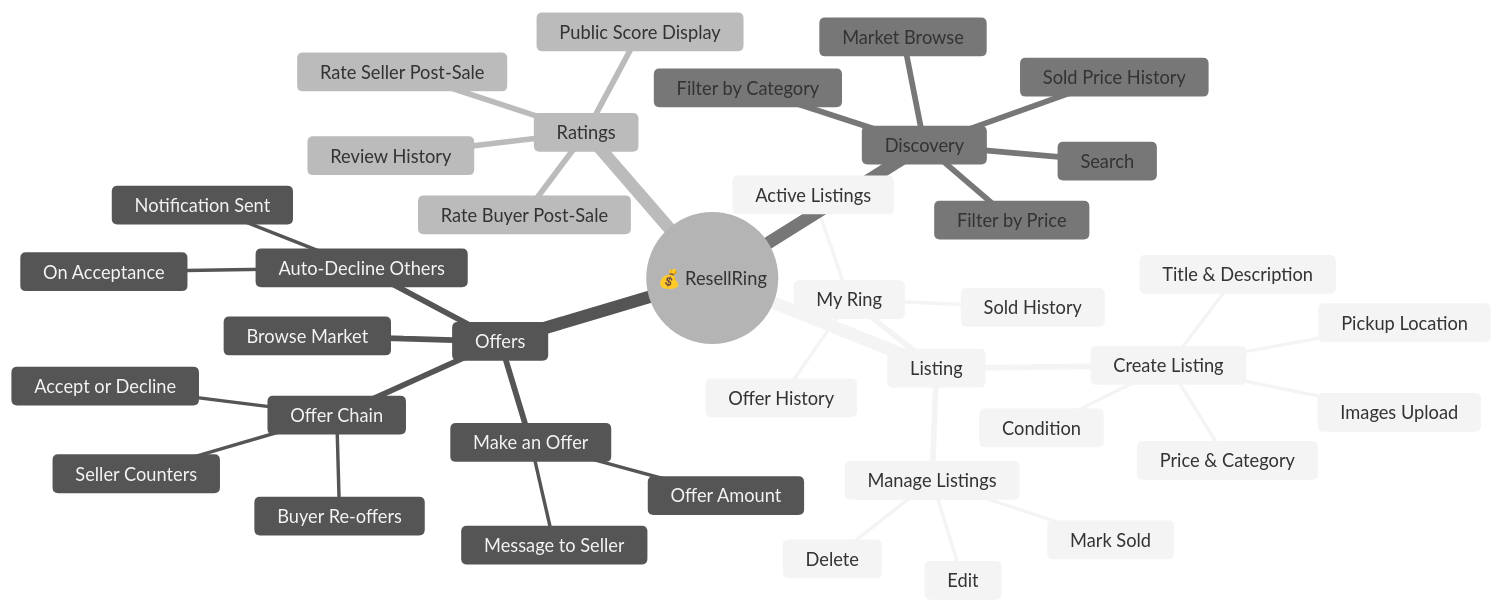
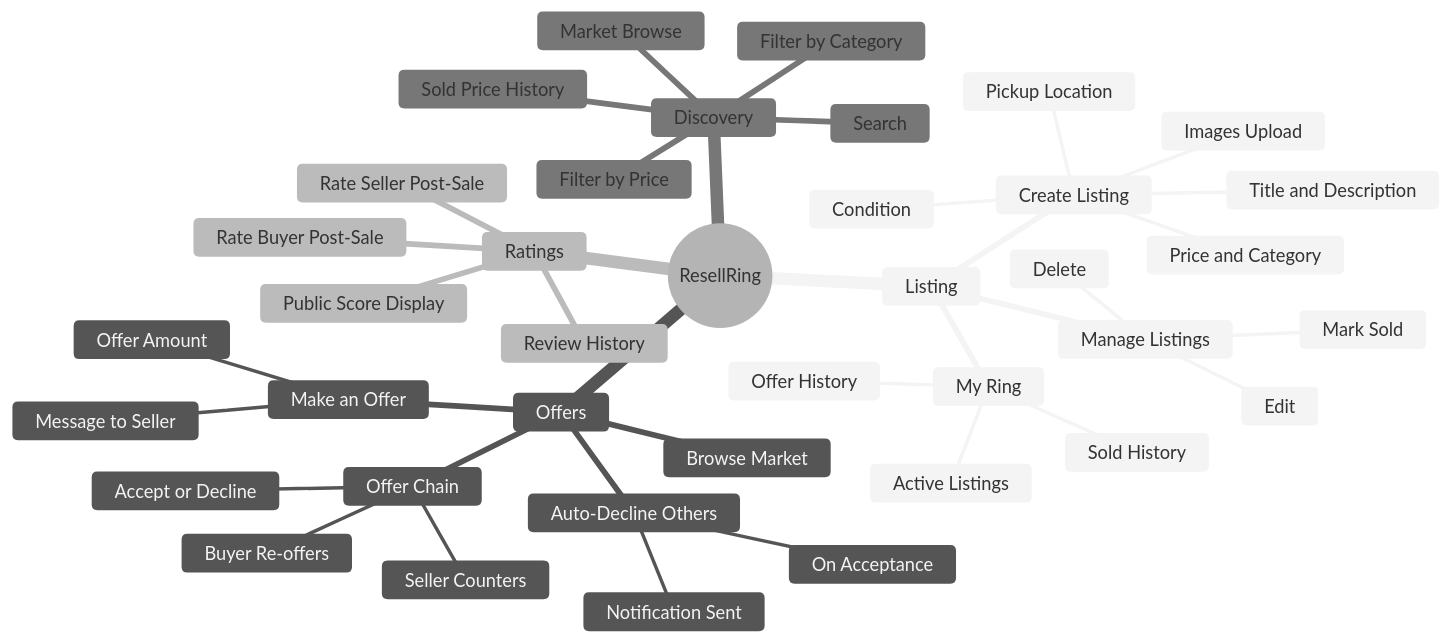
Before and after one commit to Kanthi-varshini/Resellring: the first of 5 diagrams in README.md, drawn with Mermaid (neutral theme). The commit also changed other lines of this file, not shown here.

````diff
--- a/README.md
+++ b/README.md
@@ -55,42 +55,42 @@
 ```mermaid
 mindmap
-  root((💰 ResellRing))
+  root((ResellRing))
     Listing
       Create Listing
-        Title & Description
-        Price & Category
+        Title and Description
+        Price and Category
         Condition
         Images Upload
         Pickup Location
       Manage Listings
         Edit
         Mark Sold
         Delete
       My Ring
         Active Listings
         Sold History
         Offer History
     Offers
       Browse Market
       Make an Offer
         Offer Amount
         Message to Seller
       Offer Chain
         Seller Counters
         Buyer Re-offers
         Accept or Decline
       Auto-Decline Others
         On Acceptance
         Notification Sent
     Ratings
       Rate Seller Post-Sale
       Rate Buyer Post-Sale
       Public Score Display
       Review History
     Discovery
       Market Browse
       Search
       Filter by Category
       Filter by Price
       Sold Price History
 ```
````
